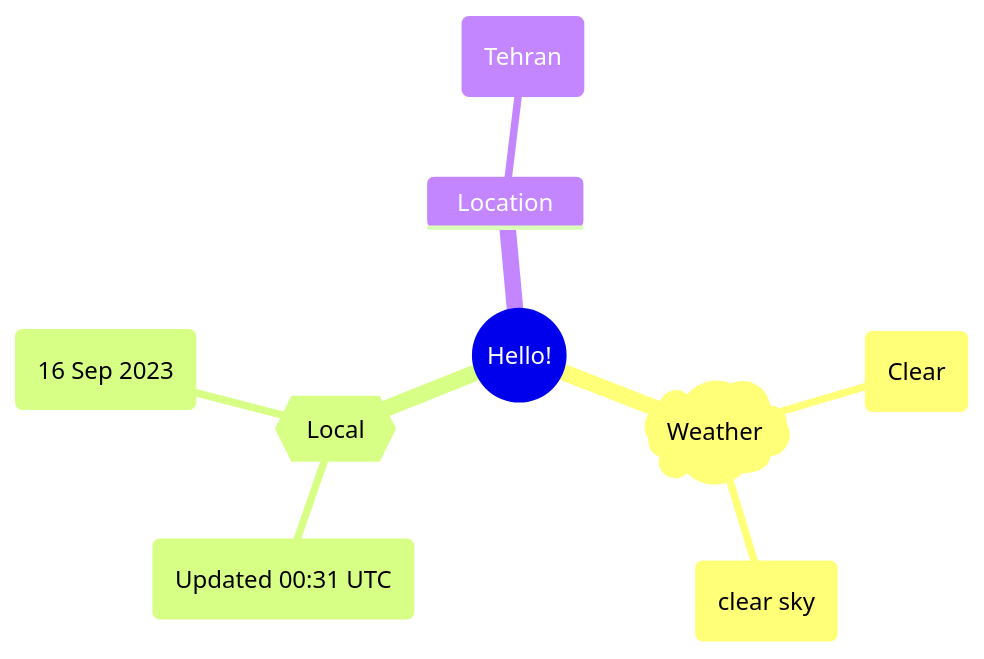
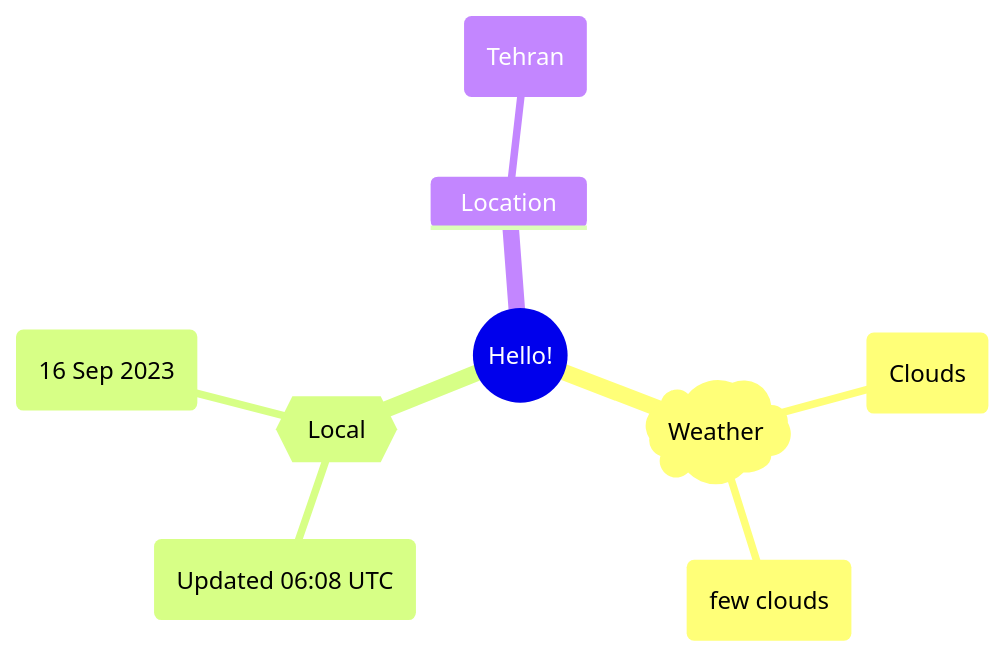
The first of 2 diagrams in README.md (Xosrov/Xosrov), drawn with Mermaid before and after one commit.

Commit message:
[bot] updated images

````diff
--- a/README.md
+++ b/README.md
@@ -3,12 +3,12 @@
 ```mermaid
 mindmap
   root((Hello!))
     )Weather(
-        (Clear)
-        (clear sky)
+        (Clouds)
+        (few clouds)
     {{Local}}
-        (Updated 00:31 UTC)
+        (Updated 06:08 UTC)
         (16 Sep 2023)
     Location
         (Tehran)
 ```
````
